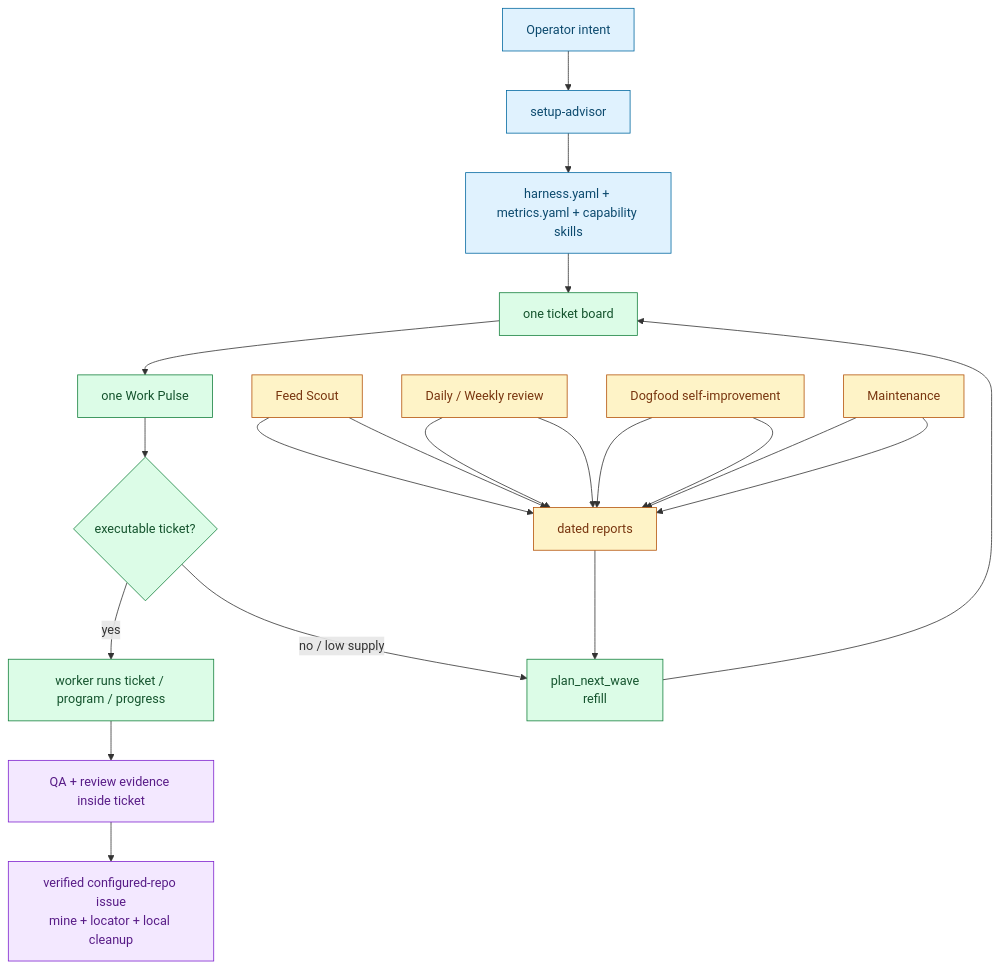
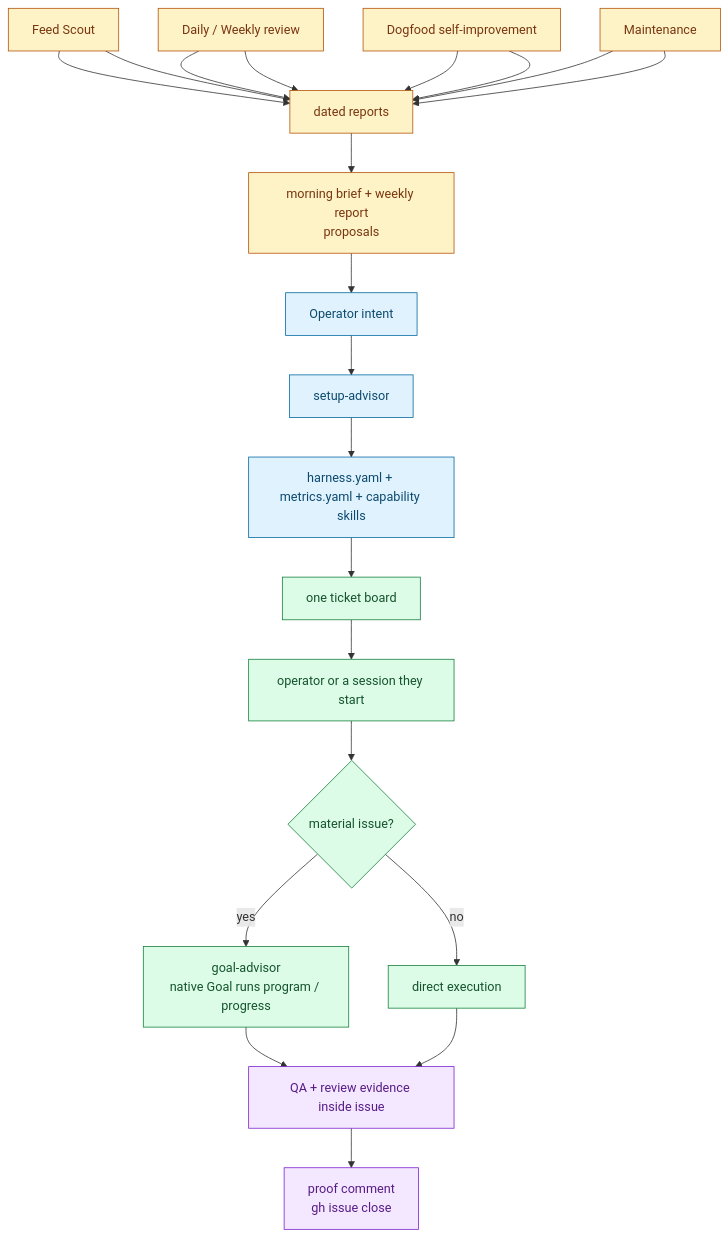
One commit to ZanarkandTechnologies/Farplane changed the diagram in docs/farplane-framework/lifecycle.md. Above: the diagram before and after it, drawn with Mermaid. The commit also changed other lines of this file and 32 other files, not shown here.

````diff
--- a/docs/farplane-framework/lifecycle.md
+++ b/docs/farplane-framework/lifecycle.md
@@ -72,28 +74,29 @@
 ```mermaid
 flowchart TD
   classDef program fill:#e0f2fe,stroke:#0369a1,color:#0c4a6e
   classDef work fill:#dcfce7,stroke:#15803d,color:#14532d
   classDef source fill:#fef3c7,stroke:#b45309,color:#78350f
   classDef proof fill:#f3e8ff,stroke:#7e22ce,color:#581c87
 
   A["Operator intent"]:::program --> B["setup-advisor"]:::program
   B --> C["harness.yaml + metrics.yaml + capability skills"]:::program
   C --> D["one ticket board"]:::work
-  D --> E["one Work Pulse"]:::work
-  E --> F{"executable ticket?"}:::work
-  F -->|yes| G["worker runs ticket / program / progress"]:::work
-  F -->|no / low supply| H["plan_next_wave<br/>refill"]:::work
-  H --> D
-  G --> I["QA + review evidence inside ticket"]:::proof
-  I --> J["verified configured-repo issue<br/>mine + locator + local cleanup"]:::proof
+  D --> E["operator or a session they start"]:::work
+  E --> F{"material issue?"}:::work
+  F -->|yes| G["goal-advisor<br/>native Goal runs program / progress"]:::work
+  F -->|no| H["direct execution"]:::work
+  G --> I["QA + review evidence inside issue"]:::proof
+  H --> I
+  I --> J["proof comment<br/>gh issue close"]:::proof
 
   K["Feed Scout"]:::source --> O
   L["Daily / Weekly review"]:::source --> O
   M["Dogfood self-improvement"]:::source --> O
   N["Maintenance"]:::source --> O
   K --> O["dated reports"]:::source
   L --> O
   M --> O
   N --> O
-  O --> H
+  O --> P["morning brief + weekly report<br/>proposals"]:::source
+  P --> A
 ```
````
